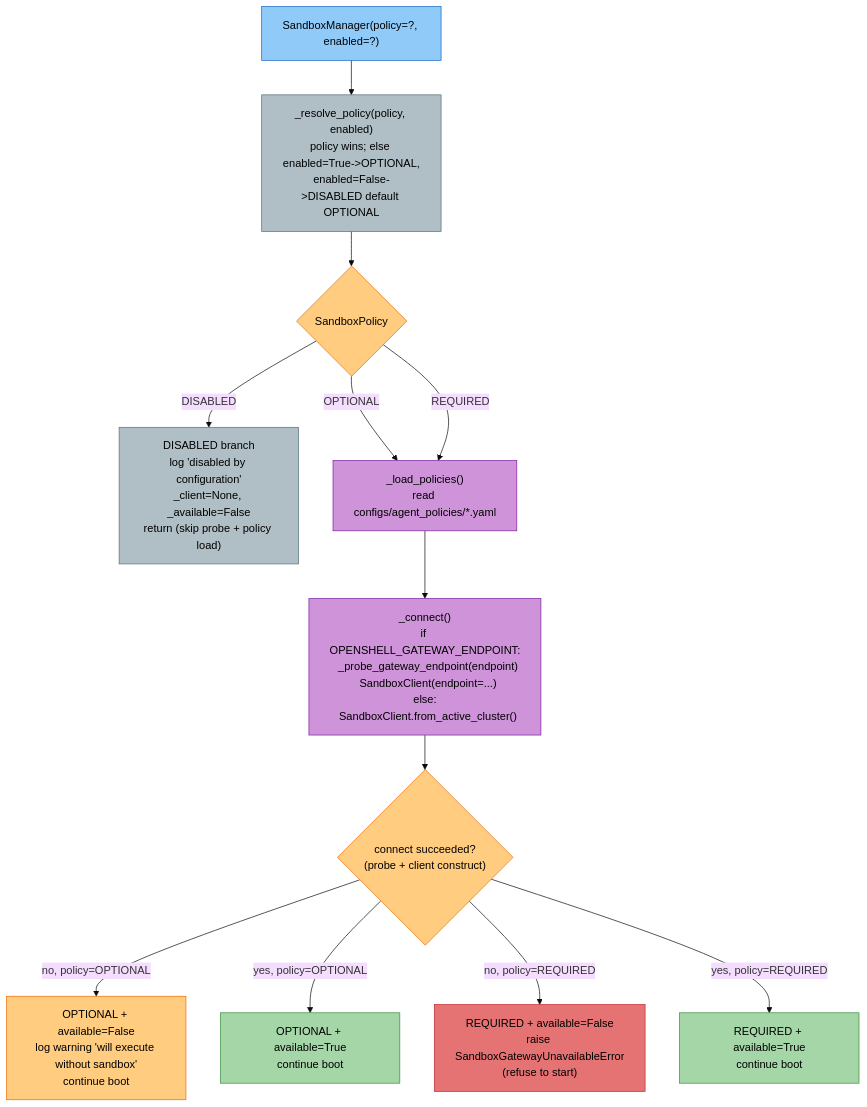
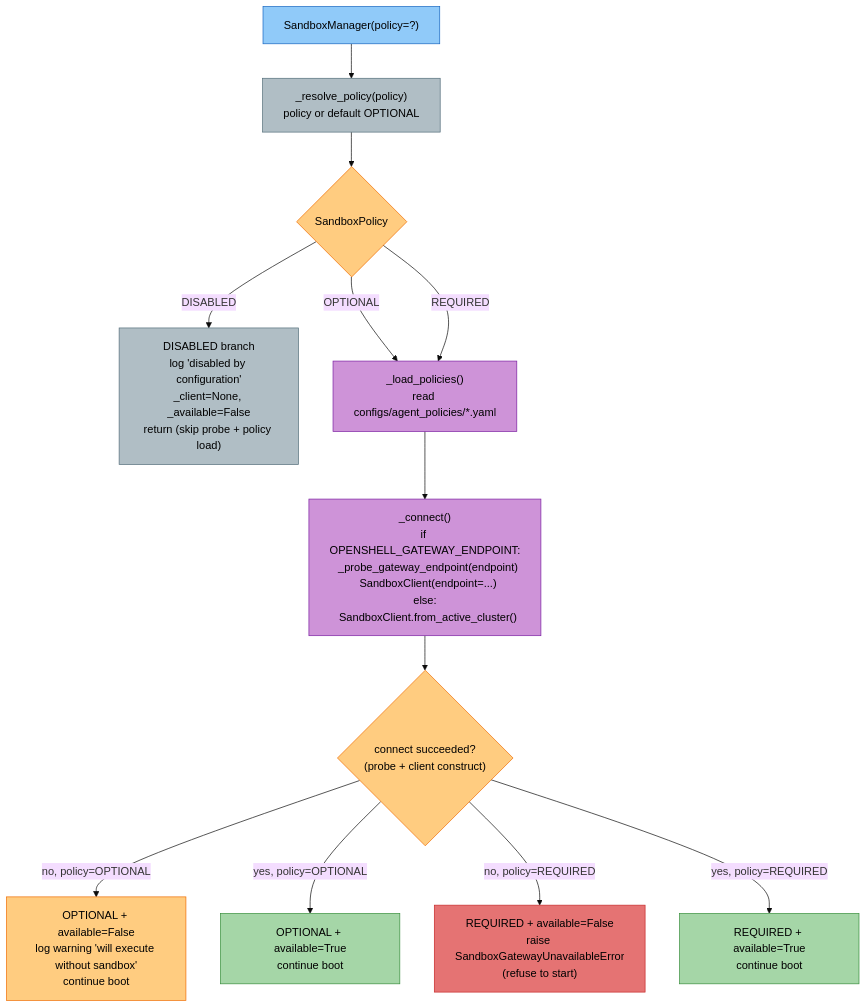
Before and after one commit to amit-jain/cogniverse: the fifth of 8 diagrams in docs/diagrams/knowledge-system-diagrams.md, drawn with Mermaid (base theme). The commit also changed 2 other files, not shown here.

Commit message:
Update docs for removed telemetry shim, optimization-run API, and sandbox kwarg

````diff
--- a/docs/diagrams/knowledge-system-diagrams.md
+++ b/docs/diagrams/knowledge-system-diagrams.md
@@ -277,40 +277,40 @@
 ```mermaid
 flowchart TD
-    Init["<span style='color:#000'>SandboxManager(policy=?, enabled=?)</span>"]
-    Resolve["<span style='color:#000'>_resolve_policy(policy, enabled)<br/>policy wins; else enabled=True->OPTIONAL,<br/>enabled=False->DISABLED; default OPTIONAL</span>"]
+    Init["<span style='color:#000'>SandboxManager(policy=?)</span>"]
+    Resolve["<span style='color:#000'>_resolve_policy(policy)<br/>policy or default OPTIONAL</span>"]
 
     Decision{"<span style='color:#000'>SandboxPolicy</span>"}
 
     Disabled["<span style='color:#000'>DISABLED branch<br/>log 'disabled by configuration'<br/>_client=None, _available=False<br/>return (skip probe + policy load)</span>"]
 
     LoadPolicies["<span style='color:#000'>_load_policies()<br/>read configs/agent_policies/*.yaml</span>"]
     Connect["<span style='color:#000'>_connect()<br/>if OPENSHELL_GATEWAY_ENDPOINT:<br/>  _probe_gateway_endpoint(endpoint)<br/>  SandboxClient(endpoint=...)<br/>else:<br/>  SandboxClient.from_active_cluster()</span>"]
     Available{"<span style='color:#000'>connect succeeded?<br/>(probe + client construct)</span>"}
 
     Optional["<span style='color:#000'>OPTIONAL + available=False<br/>log warning 'will execute without sandbox'<br/>continue boot</span>"]
     OptionalOK["<span style='color:#000'>OPTIONAL + available=True<br/>continue boot</span>"]
     Required["<span style='color:#000'>REQUIRED + available=False<br/>raise SandboxGatewayUnavailableError<br/>(refuse to start)</span>"]
     RequiredOK["<span style='color:#000'>REQUIRED + available=True<br/>continue boot</span>"]
 
     Init --> Resolve --> Decision
     Decision -->|DISABLED| Disabled
     Decision -->|OPTIONAL| LoadPolicies
     Decision -->|REQUIRED| LoadPolicies
     LoadPolicies --> Connect --> Available
     Available -->|no, policy=OPTIONAL| Optional
     Available -->|yes, policy=OPTIONAL| OptionalOK
     Available -->|no, policy=REQUIRED| Required
     Available -->|yes, policy=REQUIRED| RequiredOK
 
     style Init fill:#90caf9,stroke:#1565c0,color:#000
     style Resolve fill:#b0bec5,stroke:#546e7a,color:#000
     style Decision fill:#ffcc80,stroke:#ef6c00,color:#000
     style Disabled fill:#b0bec5,stroke:#546e7a,color:#000
     style LoadPolicies fill:#ce93d8,stroke:#7b1fa2,color:#000
     style Connect fill:#ce93d8,stroke:#7b1fa2,color:#000
     style Available fill:#ffcc80,stroke:#ef6c00,color:#000
     style Optional fill:#ffcc80,stroke:#ef6c00,color:#000
     style OptionalOK fill:#a5d6a7,stroke:#388e3c,color:#000
     style Required fill:#e57373,stroke:#c62828,color:#000
     style RequiredOK fill:#a5d6a7,stroke:#388e3c,color:#000
 ```
````
